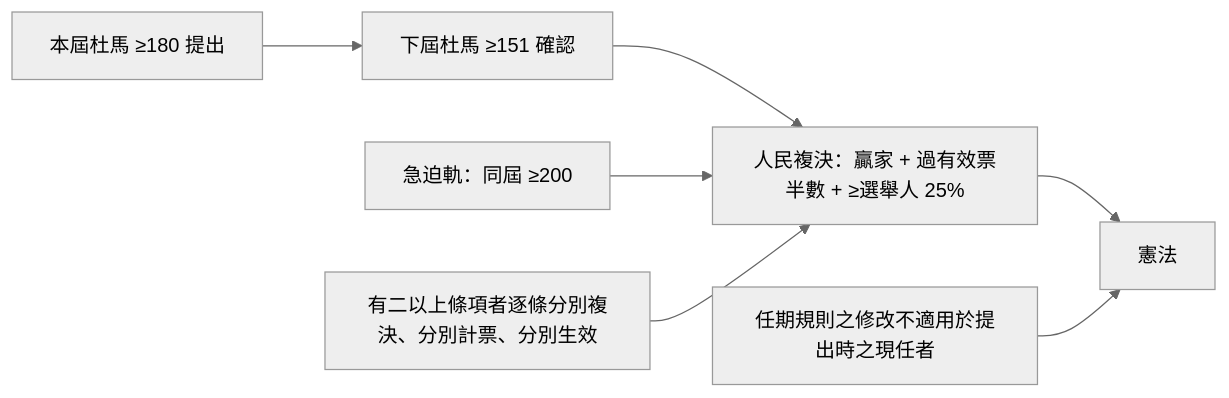
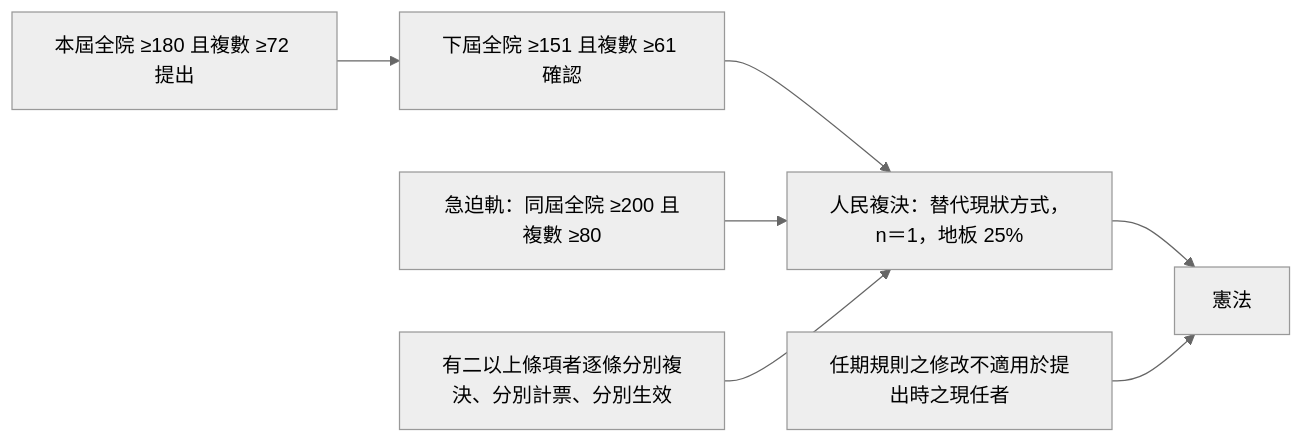
The fifth of 13 diagrams in topics/regime-designs/designs/俄羅斯/一院總統制/憲政架構圖.md (IRonROOT578/Political-Economy-Research-Public), drawn with Mermaid (neutral theme) before and after one commit. The commit also changed other lines of this file and 241 other files, not shown here.

````diff
--- a/topics/regime-designs/designs/俄羅斯/一院總統制/憲政架構圖.md
+++ b/topics/regime-designs/designs/俄羅斯/一院總統制/憲政架構圖.md
@@ -67,9 +67,9 @@
 ```mermaid
 flowchart LR
-  P1[本屆杜馬 ≥180 提出] --> P2[下屆杜馬 ≥151 確認]
-  P2 --> P3[人民複決：贏家 + 過有效票半數 + ≥選舉人 25%]
+  P1[本屆全院 ≥180 且複數 ≥72 提出] --> P2[下屆全院 ≥151 且複數 ≥61 確認]
+  P2 --> P3[人民複決：替代現狀方式，n＝1，地板 25%]
   P3 --> Const[憲法]
-  U1[急迫軌：同屆 ≥200] --> P3
+  U1[急迫軌：同屆全院 ≥200 且複數 ≥80] --> P3
   Split[有二以上條項者逐條分別複決、分別計票、分別生效] --> P3
   NoSelf[任期規則之修改不適用於提出時之現任者] --> Const
 ```
````
